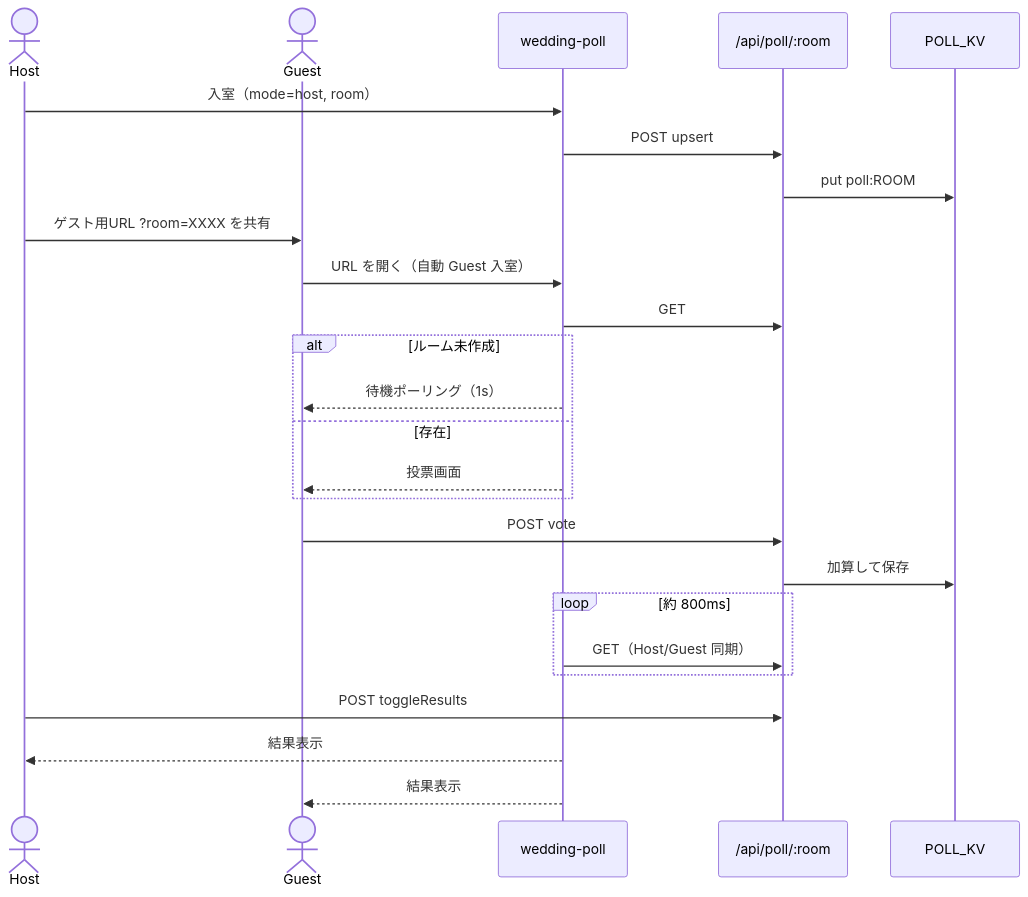
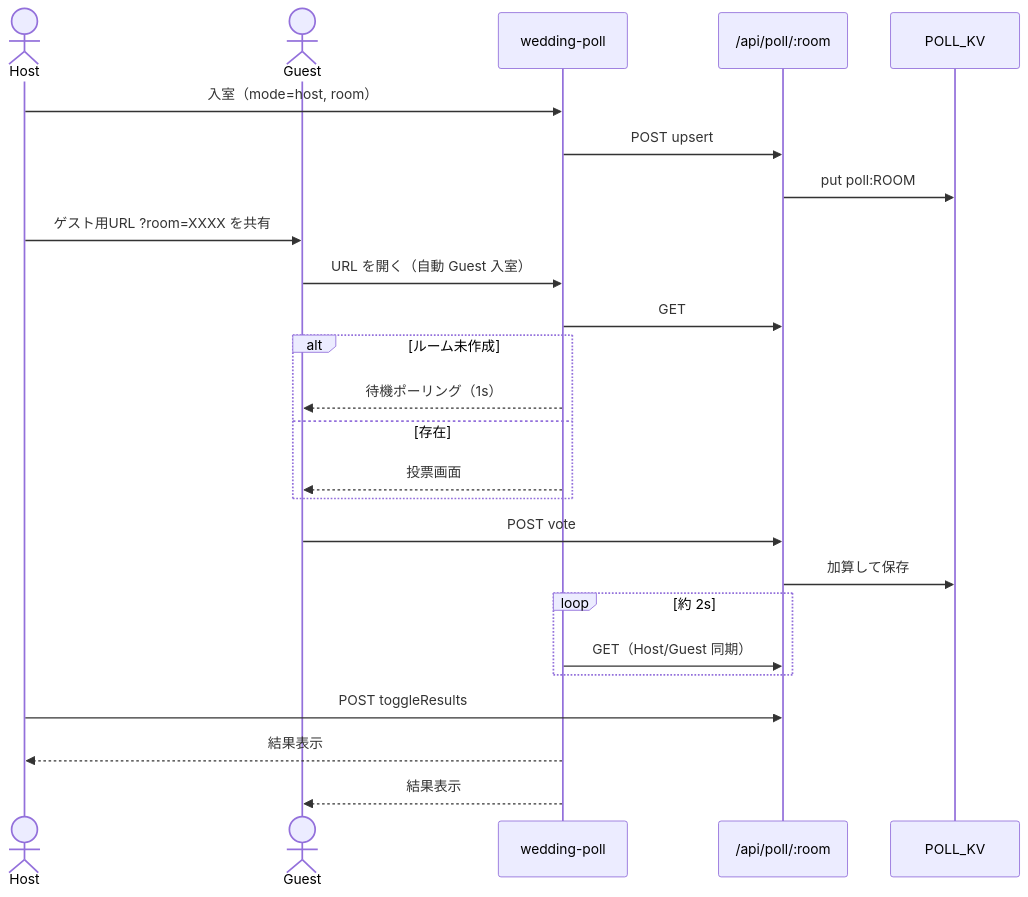
The second of 2 diagrams in docs/design.md (nozomi-ru/party-entertainment-hub), drawn with Mermaid before and after one commit. The commit also changed other lines of this file and 32 other files, not shown here.

````diff
--- a/docs/design.md
+++ b/docs/design.md
@@ -186,30 +201,30 @@
 ```mermaid
 sequenceDiagram
   actor H as Host
   actor G as Guest
   participant UI as wedding-poll
   participant API as /api/poll/:room
   participant KV as POLL_KV
 
   H->>UI: 入室（mode=host, room）
   UI->>API: POST upsert
   API->>KV: put poll:ROOM
   H->>G: ゲスト用URL ?room=XXXX を共有
 
   G->>UI: URL を開く（自動 Guest 入室）
   UI->>API: GET
   alt ルーム未作成
     UI-->>G: 待機ポーリング（1s）
   else 存在
     UI-->>G: 投票画面
   end
 
   G->>API: POST vote
   API->>KV: 加算して保存
-  loop 約 800ms
+  loop 約 2s
     UI->>API: GET（Host/Guest 同期）
   end
   H->>API: POST toggleResults
   UI-->>H: 結果表示
   UI-->>G: 結果表示
 ```
````
